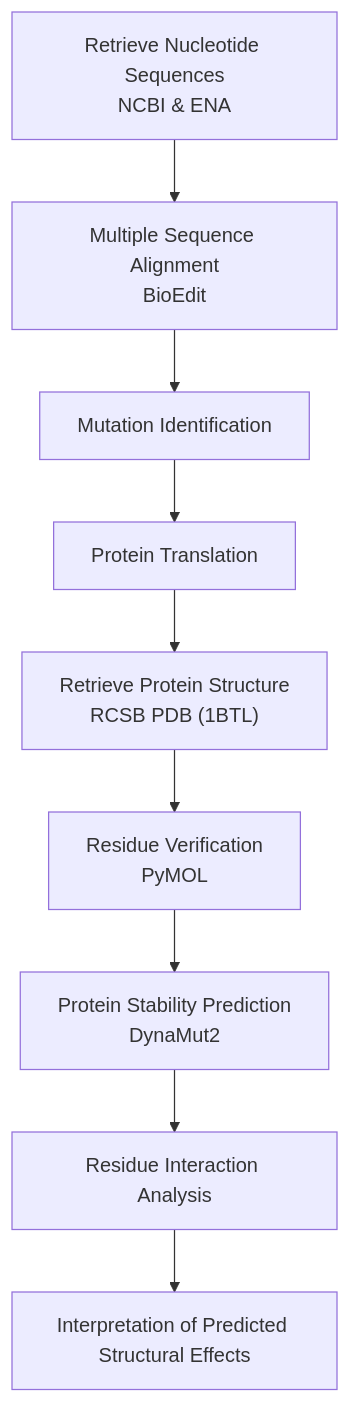
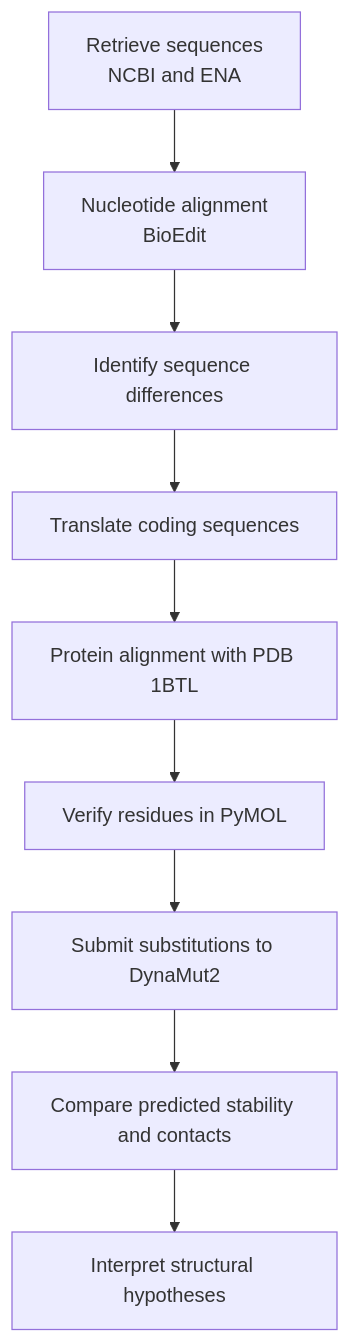
The diagram in README.md (atahullah/blaTEM-1-Escherichia-coli), drawn with Mermaid before and after one commit. The commit also changed other lines of this file, not shown here.

````diff
--- a/README.md
+++ b/README.md
@@ -120,21 +74,11 @@
 ```mermaid
 flowchart TD
-    A["Retrieve Nucleotide Sequences\nNCBI & ENA"]
-    B["Multiple Sequence Alignment\nBioEdit"]
-    C["Mutation Identification"]
-    D["Protein Translation"]
-    E["Retrieve Protein Structure\nRCSB PDB (1BTL)"]
-    F["Residue Verification\nPyMOL"]
-    G["Protein Stability Prediction\nDynaMut2"]
-    H["Residue Interaction Analysis"]
-    I["Interpretation of Predicted Structural Effects"]
-
-    A --> B
-    B --> C
-    C --> D
-    D --> E
-    E --> F
-    F --> G
-    G --> H
-    H --> I
+    A["Retrieve sequences<br>NCBI and ENA"] --> B["Nucleotide alignment<br>BioEdit"]
+    B --> C["Identify sequence differences"]
+    C --> D["Translate coding sequences"]
+    D --> E["Protein alignment with PDB 1BTL"]
+    E --> F["Verify residues in PyMOL"]
+    F --> G["Submit substitutions to DynaMut2"]
+    G --> H["Compare predicted stability and contacts"]
+    H --> I["Interpret structural hypotheses"]
 ```
````
